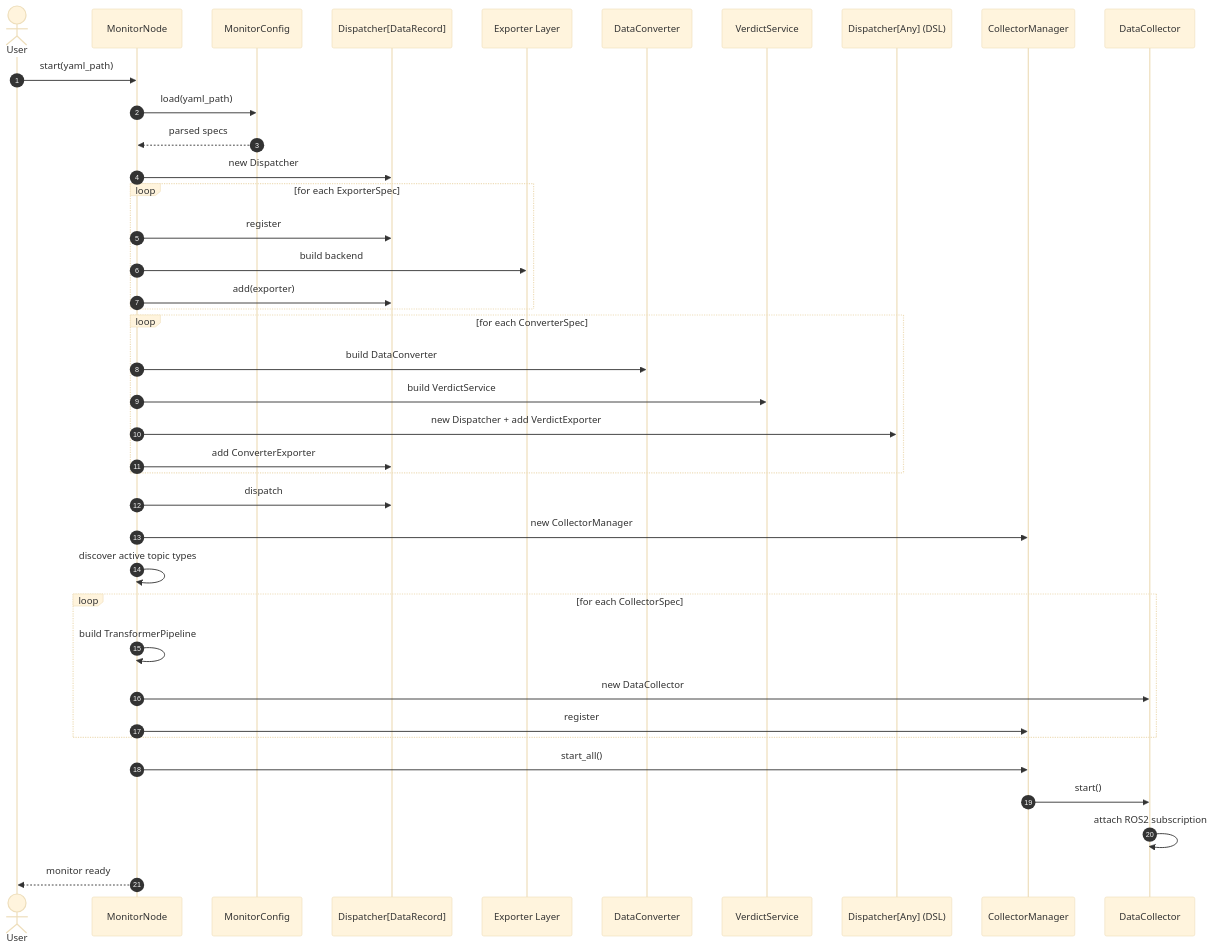
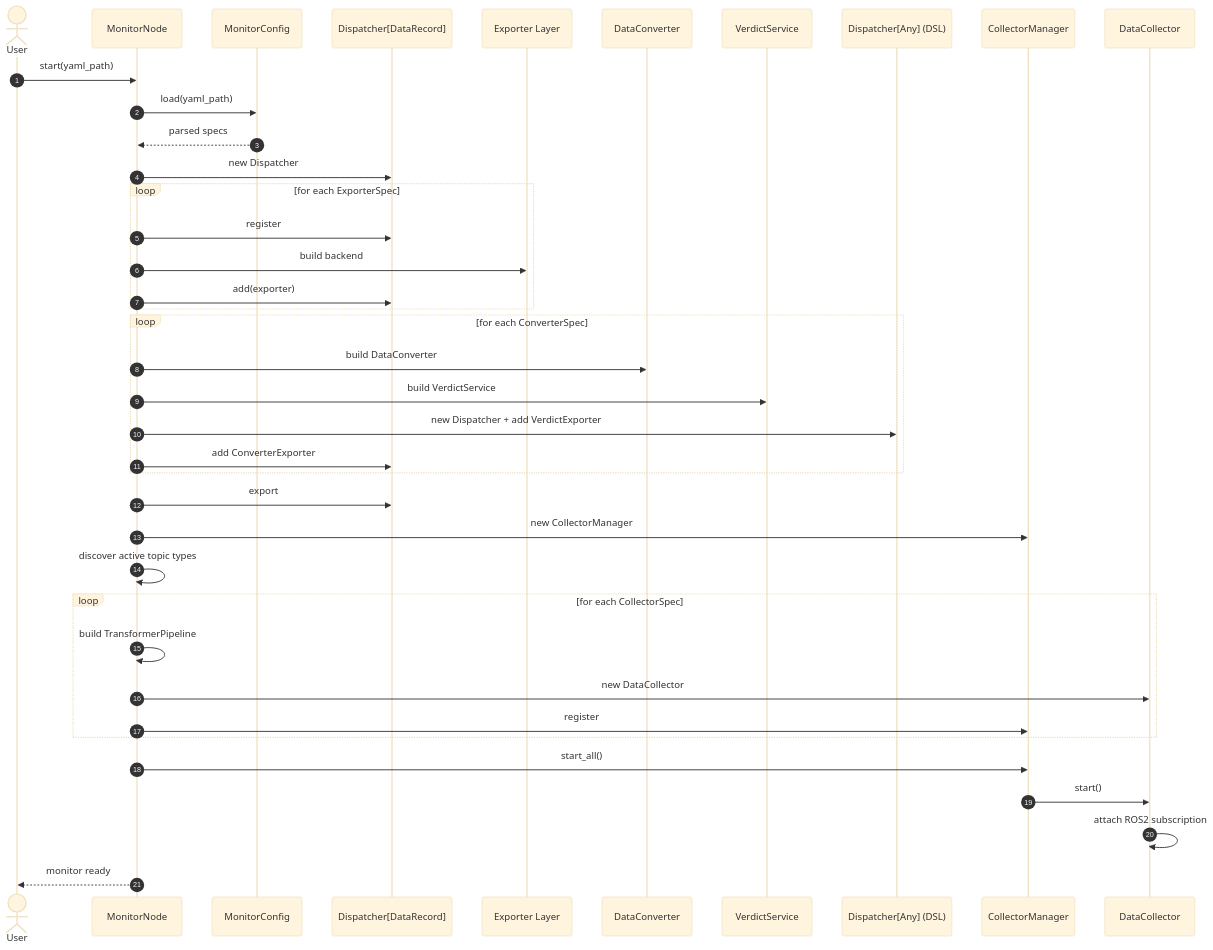
Before and after one commit to Jin-Shikai/ROS2-Monitor-Infra: the diagram in docs/sequence_diagrams/bootstrap.mermaid, drawn with Mermaid (base theme). The commit also changed 36 other files, not shown here.

```diff
--- a/docs/sequence_diagrams/bootstrap.mermaid
+++ b/docs/sequence_diagrams/bootstrap.mermaid
@@ -1,46 +1,46 @@
 sequenceDiagram
     autonumber
     actor User
     participant MN as MonitorNode
     participant Cfg as MonitorConfig
     participant ED1 as Dispatcher[DataRecord]
     participant EXP as Exporter Layer
     participant CV as DataConverter
     participant VS as VerdictService
     participant ED2 as Dispatcher[Any] (DSL)
     participant CM as CollectorManager
     participant DC as DataCollector
 
     User->>MN: start(yaml_path)
     MN->>Cfg: load(yaml_path)
     Cfg-->>MN: parsed specs
 
     MN->>ED1: new Dispatcher
     loop for each ExporterSpec
         MN->>ED1: register
         MN->>EXP: build backend
         MN->>ED1: add(exporter)
     end
 
     loop for each ConverterSpec
         MN->>CV: build DataConverter
         MN->>VS: build VerdictService
         MN->>ED2: new Dispatcher + add VerdictExporter
         MN->>ED1: add ConverterExporter
     end
 
-    MN->>ED1: dispatch
+    MN->>ED1: export
     MN->>CM: new CollectorManager
     MN->>MN: discover active topic types
 
     loop for each CollectorSpec
         MN->>MN: build TransformerPipeline
         MN->>DC: new DataCollector
         MN->>CM: register
     end
 
     MN->>CM: start_all()
     CM->>DC: start()
     DC->>DC: attach ROS2 subscription
 
     MN-->>User: monitor ready
```
